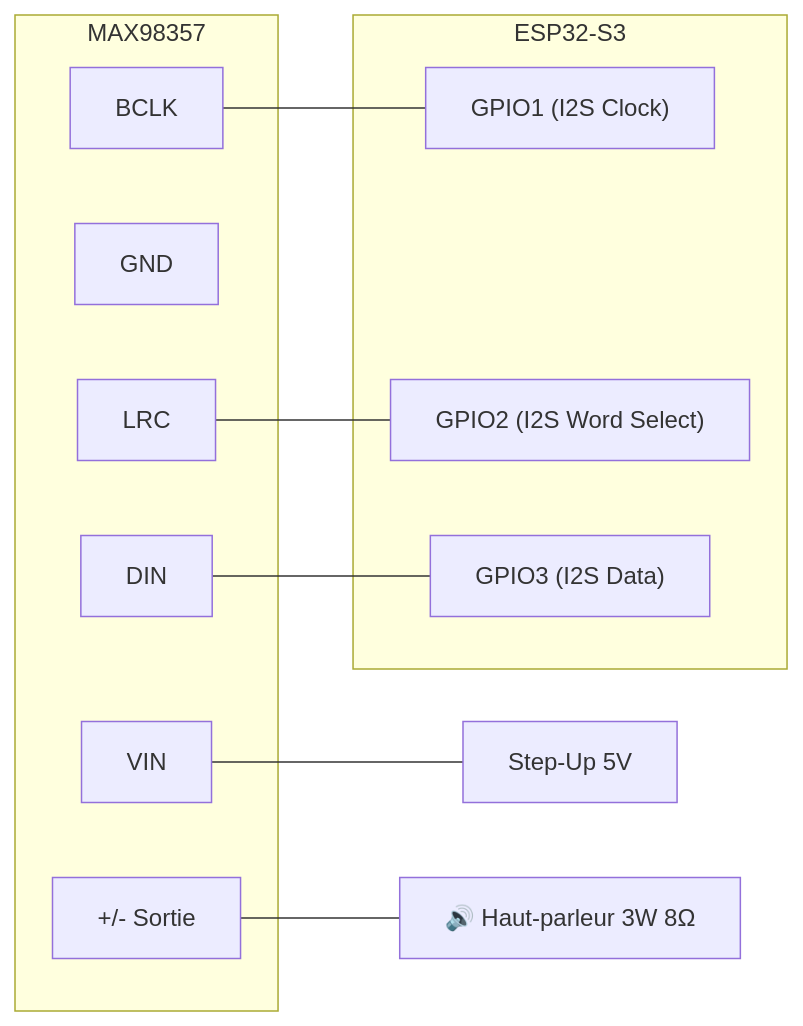
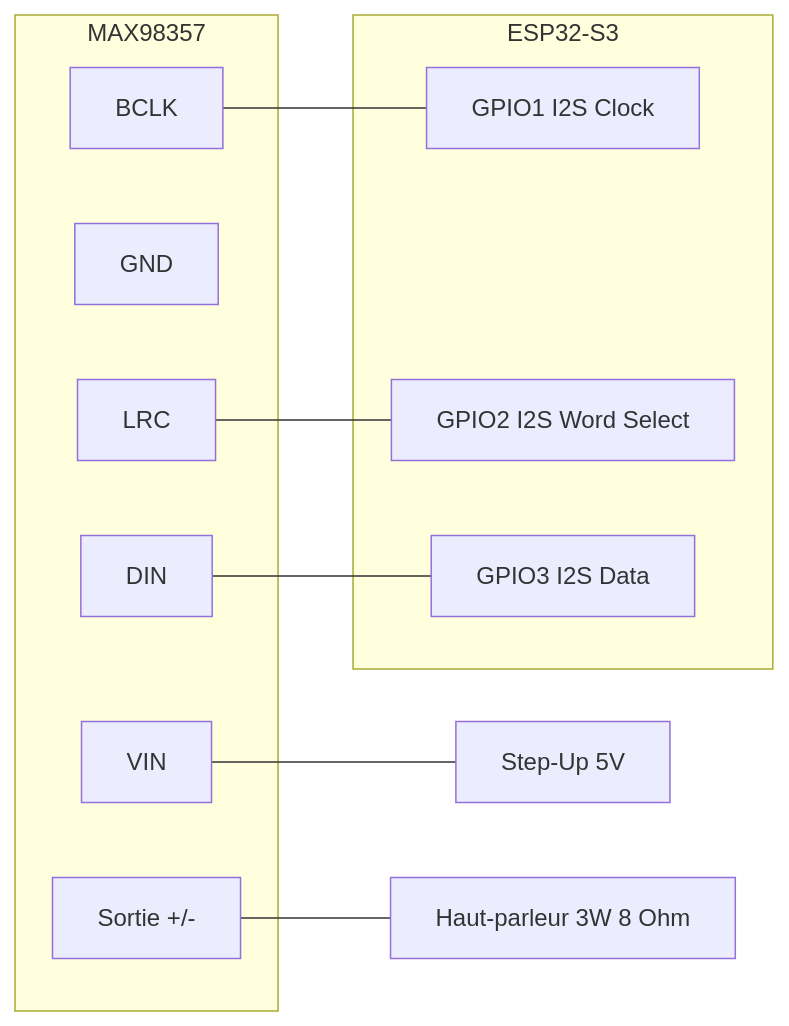
Before and after one commit to zabbix-byte/real-tars: the fifth of 8 diagrams in TARS_Robot_Build_FR.md, drawn with Mermaid. The commit also changed other lines of this file and 2 other files, not shown here.

Commit message:
refactor: update architecture diagrams and component descriptions in README files

````diff
--- a/TARS_Robot_Build_FR.md
+++ b/TARS_Robot_Build_FR.md
@@ -428,26 +430,26 @@
 ```mermaid
 graph LR
     subgraph AMP["MAX98357"]
         A_VIN["VIN"]
         A_GND["GND"]
         A_BCLK["BCLK"]
         A_LRC["LRC"]
         A_DIN["DIN"]
-        A_OUT["+/- Sortie"]
+        A_OUT["Sortie +/-"]
     end
 
     subgraph ESP32["ESP32-S3"]
-        E_G1["GPIO1 (I2S Clock)"]
-        E_G2["GPIO2 (I2S Word Select)"]
-        E_G3["GPIO3 (I2S Data)"]
+        E_G1["GPIO1 I2S Clock"]
+        E_G2["GPIO2 I2S Word Select"]
+        E_G3["GPIO3 I2S Data"]
     end
 
     STEP["Step-Up 5V"]
-    SPK["🔊 Haut-parleur 3W 8Ω"]
+    SPK["Haut-parleur 3W 8 Ohm"]
 
     A_VIN --- STEP
     A_BCLK --- E_G1
     A_LRC --- E_G2
     A_DIN --- E_G3
     A_OUT --- SPK
 ```
````
